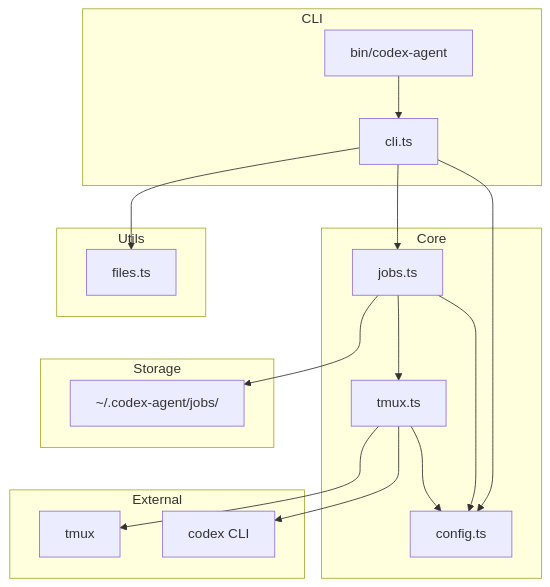
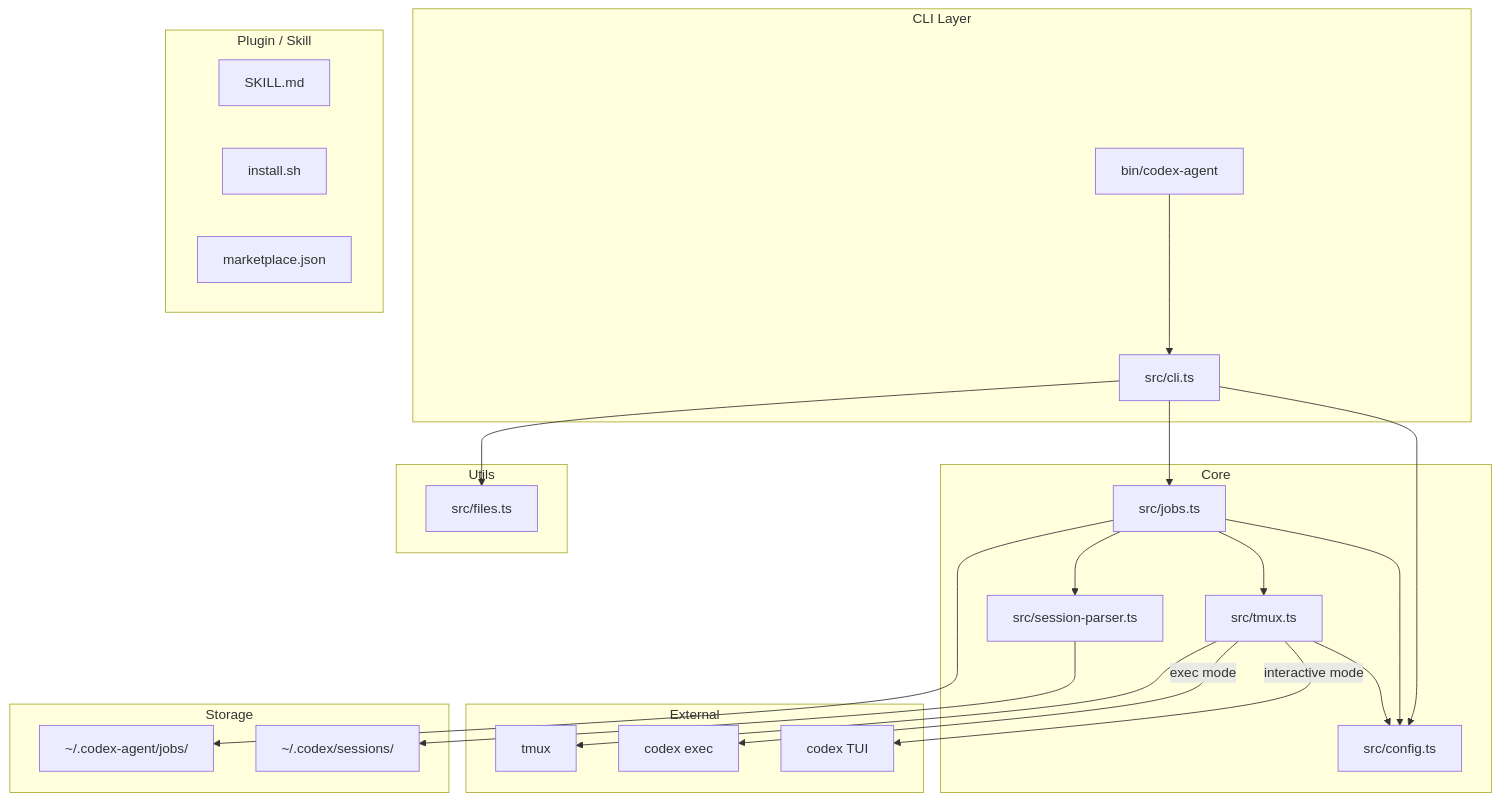
The first of 4 diagrams in docs/CODEBASE_MAP.md (yelban/codex-orchestrator), drawn with Mermaid before and after one commit. The commit also changed other lines of this file, not shown here.

Commit message:
Update codebase map with dual-mode architecture and full module coverage

````diff
--- a/docs/CODEBASE_MAP.md
+++ b/docs/CODEBASE_MAP.md
@@ -15,33 +15,44 @@
 ```mermaid
 graph TB
-    subgraph CLI
+    subgraph CLI["CLI Layer"]
         BIN[bin/codex-agent]
-        CLI_TS[cli.ts]
+        CLI_TS[src/cli.ts]
     end
-    subgraph Core
-        JOBS[jobs.ts]
-        TMUX[tmux.ts]
-        CONFIG[config.ts]
+    subgraph Core["Core"]
+        JOBS[src/jobs.ts]
+        TMUX[src/tmux.ts]
+        CONFIG[src/config.ts]
+        PARSER[src/session-parser.ts]
     end
-    subgraph Utils
-        FILES[files.ts]
+    subgraph Utils["Utils"]
+        FILES[src/files.ts]
     end
-    subgraph External
+    subgraph External["External"]
         TMUX_BIN[tmux]
-        CODEX[codex CLI]
+        CODEX_EXEC["codex exec"]
+        CODEX_TUI["codex TUI"]
     end
-    subgraph Storage
-        JOBS_DIR[~/.codex-agent/jobs/]
+    subgraph Storage["Storage"]
+        JOBS_DIR["~/.codex-agent/jobs/"]
+        CODEX_SESSIONS["~/.codex/sessions/"]
+    end
+    subgraph Plugin["Plugin / Skill"]
+        SKILL[SKILL.md]
+        INSTALL[install.sh]
+        MARKETPLACE[marketplace.json]
     end
 
     BIN --> CLI_TS
     CLI_TS --> JOBS
     CLI_TS --> FILES
     CLI_TS --> CONFIG
     JOBS --> TMUX
     JOBS --> CONFIG
+    JOBS --> PARSER
     TMUX --> CONFIG
     TMUX --> TMUX_BIN
-    TMUX --> CODEX
+    TMUX -->|exec mode| CODEX_EXEC
+    TMUX -->|interactive mode| CODEX_TUI
     JOBS --> JOBS_DIR
+    PARSER --> CODEX_SESSIONS
 ```
````
